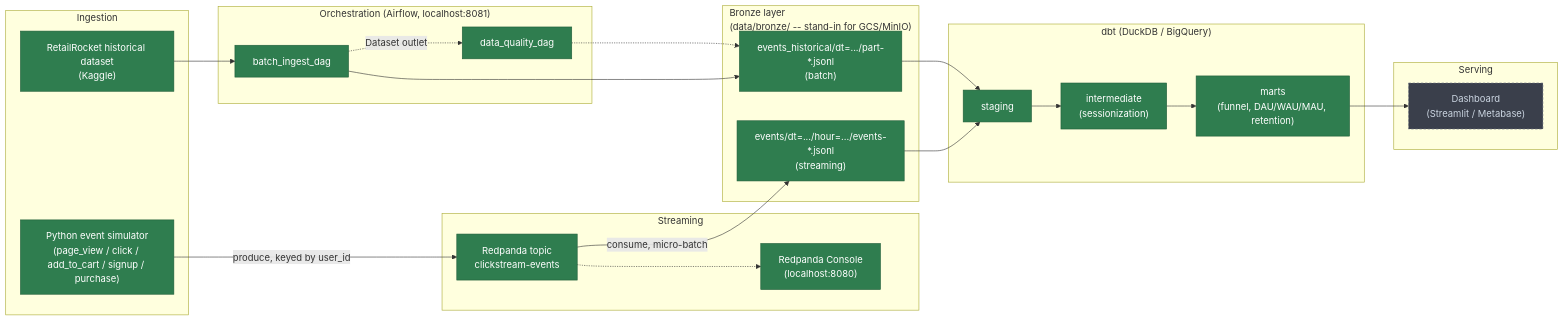
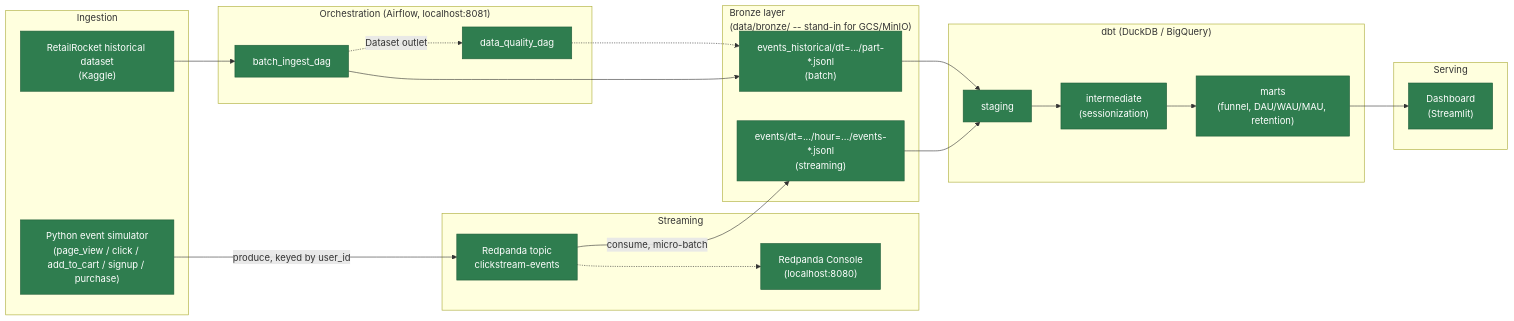
Before and after one commit to AkshayyRane/clickstream-pipeline: the diagram in README.md, drawn with Mermaid. The commit also changed other lines of this file and 11 other files, not shown here.

First line of the commit message:
Phase 4: Streamlit dashboard on top of the dbt marts

````diff
--- a/README.md
+++ b/README.md
@@ -15,45 +15,45 @@
 ```mermaid
 flowchart LR
     subgraph ingest["Ingestion"]
         sim["Python event simulator<br/>(page_view / click / add_to_cart / signup / purchase)"]:::done
         hist["RetailRocket historical dataset<br/>(Kaggle)"]:::done
     end
 
     subgraph stream["Streaming"]
         rp["Redpanda topic<br/>clickstream-events"]:::done
         console["Redpanda Console<br/>(localhost:8080)"]:::done
     end
 
     subgraph orch["Orchestration (Airflow, localhost:8081)"]
         batch_dag["batch_ingest_dag"]:::done
         dq_dag["data_quality_dag"]:::done
     end
 
     subgraph bronze["Bronze layer<br/>(data/bronze/ -- stand-in for GCS/MinIO)"]
         b1["events/dt=.../hour=.../events-*.jsonl<br/>(streaming)"]:::done
         b2["events_historical/dt=.../part-*.jsonl<br/>(batch)"]:::done
     end
 
     subgraph warehouse["dbt (DuckDB / BigQuery)"]
         stg["staging"]:::done
         inter["intermediate<br/>(sessionization)"]:::done
         marts["marts<br/>(funnel, DAU/WAU/MAU, retention)"]:::done
     end
 
     subgraph serving["Serving"]
-        dash["Dashboard<br/>(Streamlit / Metabase)"]:::planned
+        dash["Dashboard<br/>(Streamlit)"]:::done
     end
 
     sim -->|produce, keyed by user_id| rp
     rp -->|consume, micro-batch| b1
     rp -.-> console
     hist --> batch_dag --> b2
     batch_dag -.->|Dataset outlet| dq_dag
     dq_dag -.-> b2
     b1 --> stg
     b2 --> stg
     stg --> inter --> marts --> dash
 
     classDef done fill:#2f7d4f,stroke:#1e5c38,color:#fff
     classDef planned fill:#3a3f4b,stroke:#6b7280,color:#cbd5e1,stroke-dasharray: 4 3
 ```
````
